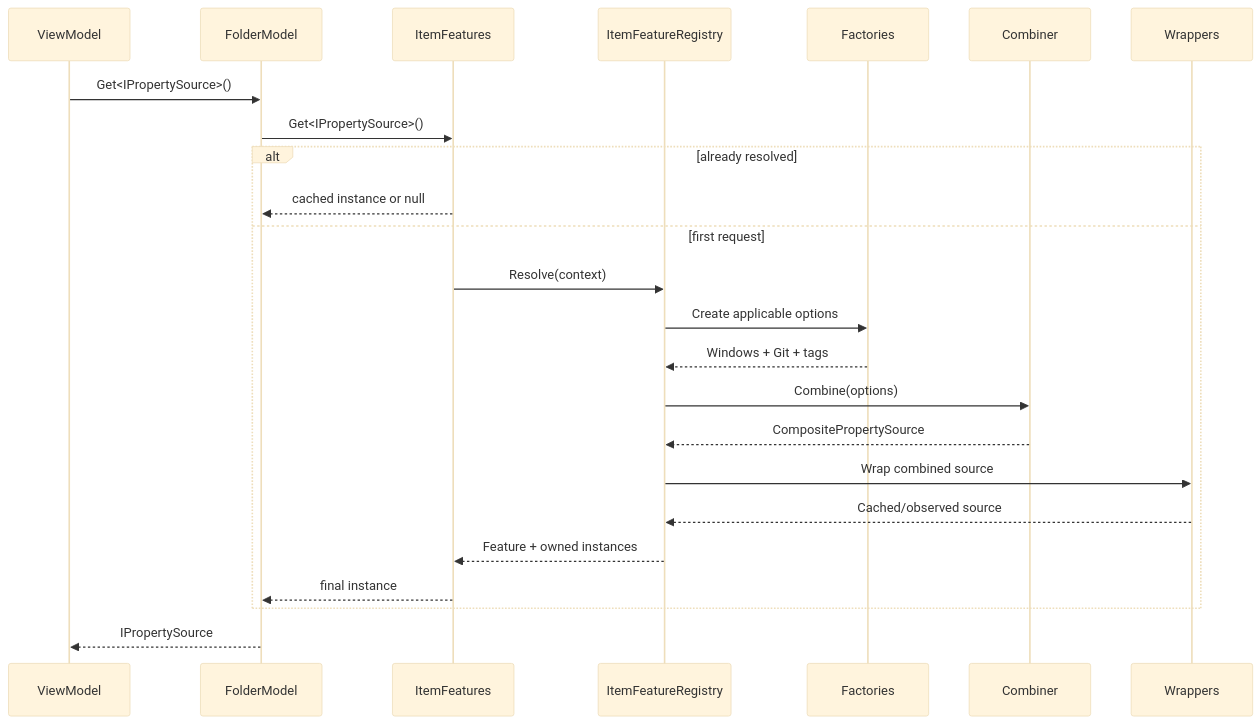
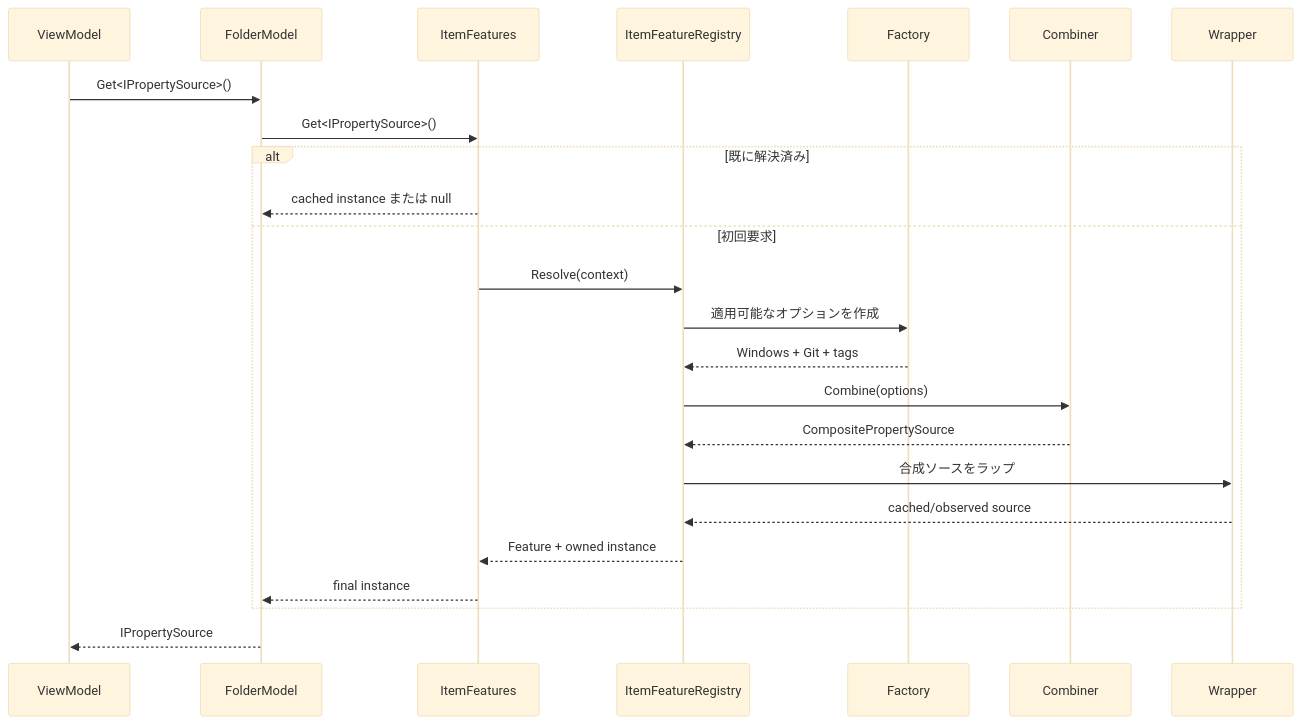
One commit to 0x5bfa/Files changed the second of 4 diagrams in docs/architecture/item-features.md. Above: the diagram before and after it, drawn with Mermaid (base theme). The commit also changed other lines of this file and 18 other files, not shown here.

Commit message:
Translate architecture docs to Japanese

````diff
--- a/docs/architecture/item-features.md
+++ b/docs/architecture/item-features.md
@@ -44,27 +46,27 @@
 ```mermaid
 sequenceDiagram
     participant VM as ViewModel
     participant Model as FolderModel
     participant Features as ItemFeatures
     participant Registry as ItemFeatureRegistry
-    participant Factories as Factories
+    participant Factories as Factory
     participant Combiner as Combiner
-    participant Wrappers as Wrappers
+    participant Wrappers as Wrapper
 
     VM->>Model: Get<IPropertySource>()
     Model->>Features: Get<IPropertySource>()
-    alt already resolved
-        Features-->>Model: cached instance or null
-    else first request
+    alt 既に解決済み
+        Features-->>Model: cached instance または null
+    else 初回要求
         Features->>Registry: Resolve(context)
-        Registry->>Factories: Create applicable options
+        Registry->>Factories: 適用可能なオプションを作成
         Factories-->>Registry: Windows + Git + tags
         Registry->>Combiner: Combine(options)
         Combiner-->>Registry: CompositePropertySource
-        Registry->>Wrappers: Wrap combined source
-        Wrappers-->>Registry: Cached/observed source
-        Registry-->>Features: Feature + owned instances
+        Registry->>Wrappers: 合成ソースをラップ
+        Wrappers-->>Registry: cached/observed source
+        Registry-->>Features: Feature + owned instance
         Features-->>Model: final instance
     end
     Model-->>VM: IPropertySource
 ```
````
